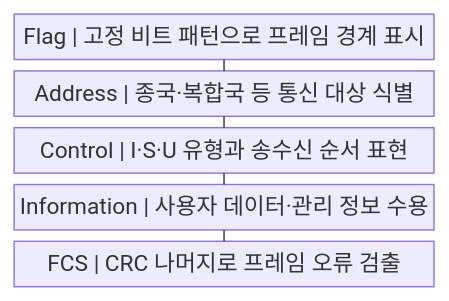
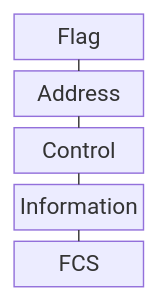
The first of 2 diagrams in src/content/docs/notes/04-network/071_hdlc.md (agnusdei1207/knowledge-base), drawn with Mermaid before and after one commit. The commit also changed other lines of this file and 122 other files, not shown here.

````diff
--- a/src/content/docs/notes/04-network/071_hdlc.md
+++ b/src/content/docs/notes/04-network/071_hdlc.md
@@ -61,13 +61,13 @@
 ```mermaid
-block
+block-beta
     columns 1
-    A["Flag | 고정 비트 패턴으로 프레임 경계 표시"]
-    B["Address | 종국·복합국 등 통신 대상 식별"]
-    C["Control | I·S·U 유형과 송수신 순서 표현"]
-    D["Information | 사용자 데이터·관리 정보 수용"]
-    E["FCS | CRC 나머지로 프레임 오류 검출"]
+    A["Flag"]
+    B["Address"]
+    C["Control"]
+    D["Information"]
+    E["FCS"]
     A --- B
     B --- C
     C --- D
     D --- E
 ```
````
